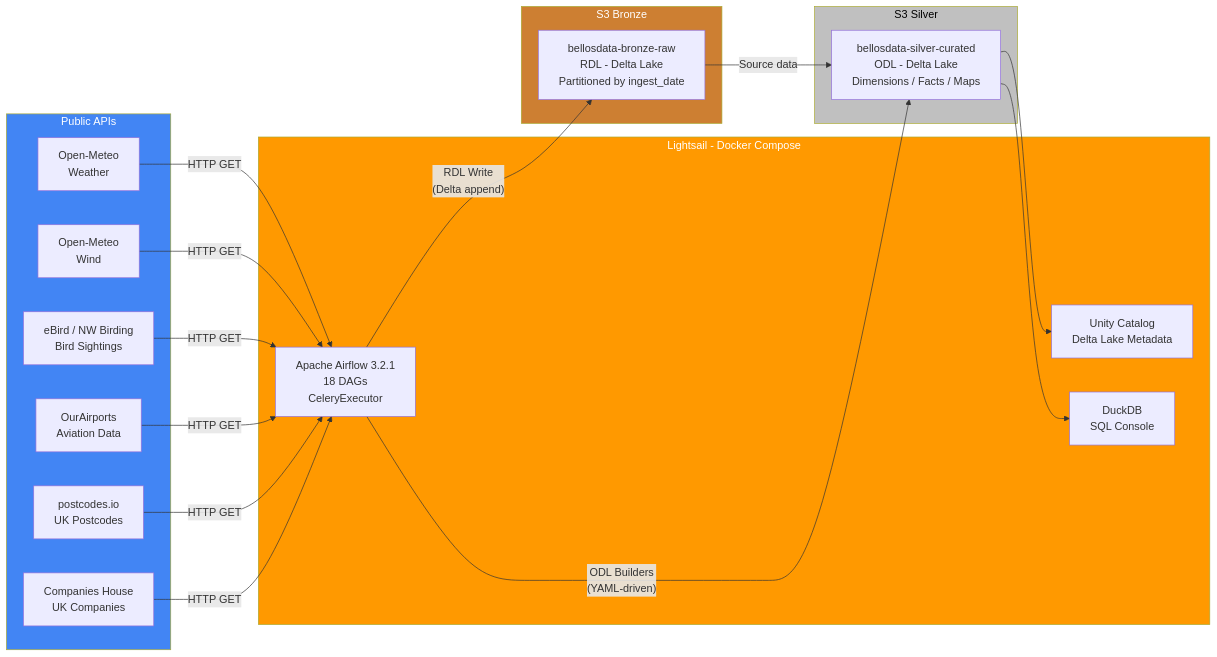
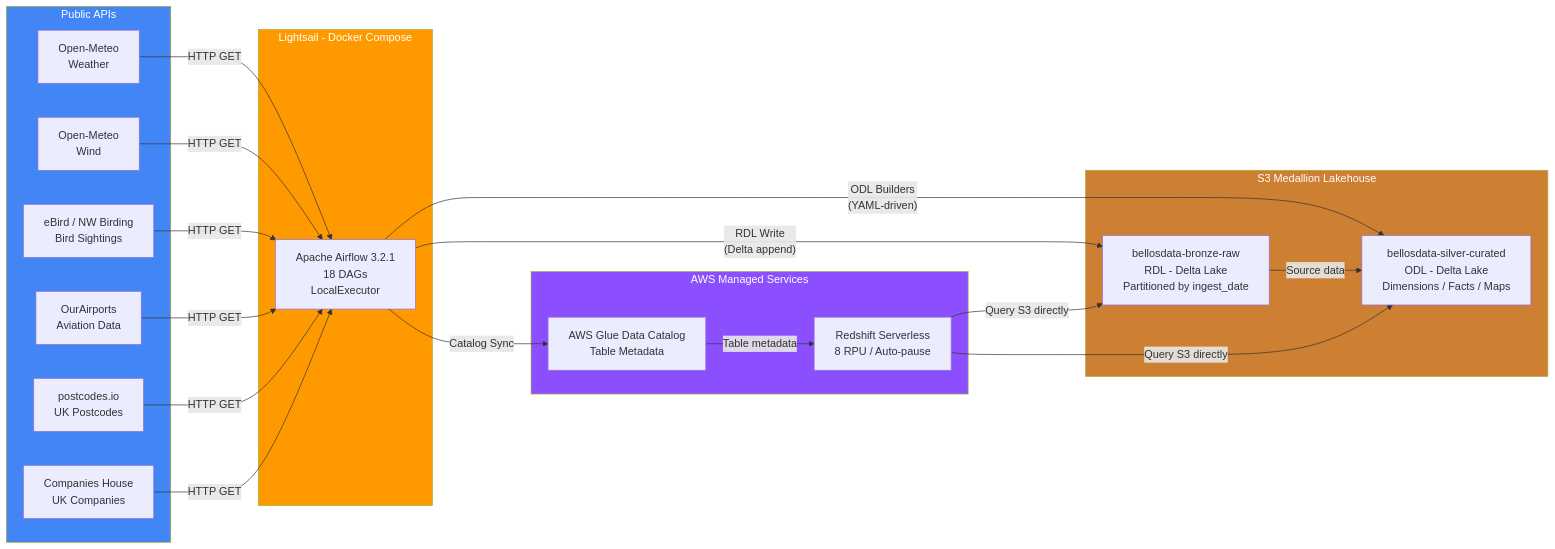
The first of 3 diagrams in README.md (TimiOlayinka/bellosdata-lakehouse), drawn with Mermaid before and after one commit. The commit also changed other lines of this file and 4 other files, not shown here.

First line of the commit message:
feat: migrate catalog + query layer to AWS Glue + Redshift Serverless

````diff
--- a/README.md
+++ b/README.md
@@ -25,37 +25,38 @@
 ```mermaid
 flowchart LR
     subgraph SOURCES["Public APIs"]
         A1["Open-Meteo\nWeather"]
         A2["Open-Meteo\nWind"]
         A3["eBird / NW Birding\nBird Sightings"]
         A4["OurAirports\nAviation Data"]
         A5["postcodes.io\nUK Postcodes"]
         A6["Companies House\nUK Companies"]
     end
 
     subgraph PLATFORM["Lightsail - Docker Compose"]
-        AF["Apache Airflow 3.2.1\n18 DAGs\nCeleryExecutor"]
-        UC["Unity Catalog\nDelta Lake Metadata"]
-        DDB["DuckDB\nSQL Console"]
+        AF["Apache Airflow 3.2.1\n18 DAGs\nLocalExecutor"]
     end
 
-    subgraph BRONZE["S3 Bronze"]
+    subgraph STORAGE["S3 Medallion Lakehouse"]
         B["bellosdata-bronze-raw\nRDL - Delta Lake\nPartitioned by ingest_date"]
+        S["bellosdata-silver-curated\nODL - Delta Lake\nDimensions / Facts / Maps"]
     end
 
-    subgraph SILVER["S3 Silver"]
-        S["bellosdata-silver-curated\nODL - Delta Lake\nDimensions / Facts / Maps"]
+    subgraph MANAGED["AWS Managed Services"]
+        GLUE["AWS Glue Data Catalog\nTable Metadata"]
+        RS["Redshift Serverless\n8 RPU / Auto-pause"]
     end
 
     A1 & A2 & A3 & A4 & A5 & A6 -->|"HTTP GET"| AF
     AF -->|"RDL Write\n(Delta append)"| B
     AF -->|"ODL Builders\n(YAML-driven)"| S
+    AF -->|"Catalog Sync"| GLUE
     B -->|"Source data"| S
-    S --> UC
-    S --> DDB
+    GLUE -->|"Table metadata"| RS
+    RS -->|"Query S3 directly"| B & S
 
     style SOURCES fill:#4285F4,color:#fff
     style PLATFORM fill:#FF9900,color:#fff
-    style BRONZE fill:#CD7F32,color:#fff
-    style SILVER fill:#C0C0C0,color:#000
+    style STORAGE fill:#CD7F32,color:#fff
+    style MANAGED fill:#8C4FFF,color:#fff
 ```
````
